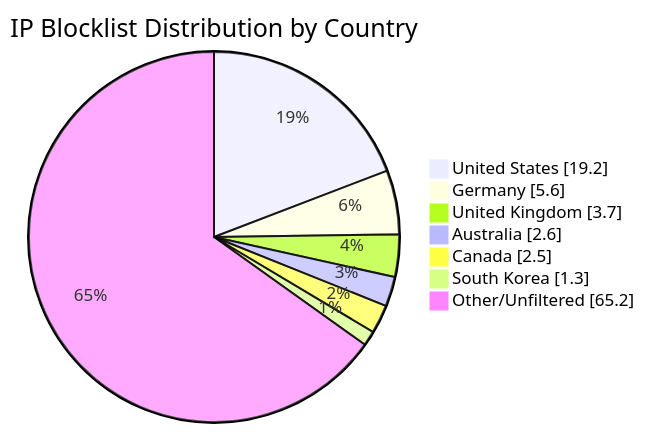
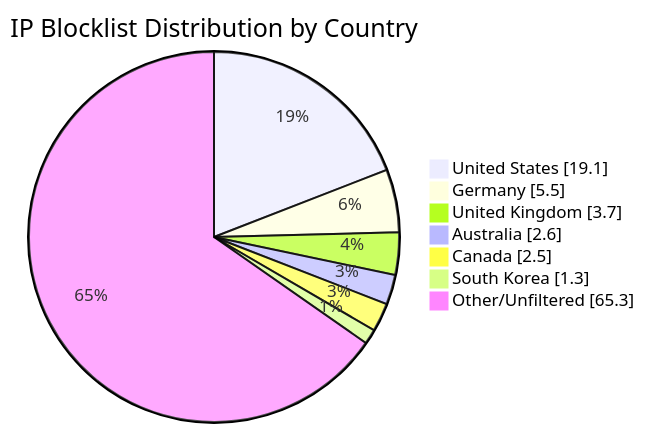
One commit to MarcusHoltz/ipblocklist-geofiltered-aggregator changed the diagram in README.md. Above: the diagram before and after it, drawn with Mermaid. The commit also changed other lines of this file and 9 other files, not shown here.

````diff
--- a/README.md
+++ b/README.md
@@ -34,10 +34,10 @@
 ```mermaid
 pie showData title IP Blocklist Distribution by Country
-"United States" : 19.2
-"Germany" : 5.6
+"United States" : 19.1
+"Germany" : 5.5
 "United Kingdom" : 3.7
 "Australia" : 2.6
 "Canada" : 2.5
 "South Korea" : 1.3
-"Other/Unfiltered" : 65.2
+"Other/Unfiltered" : 65.3
 ```
````
